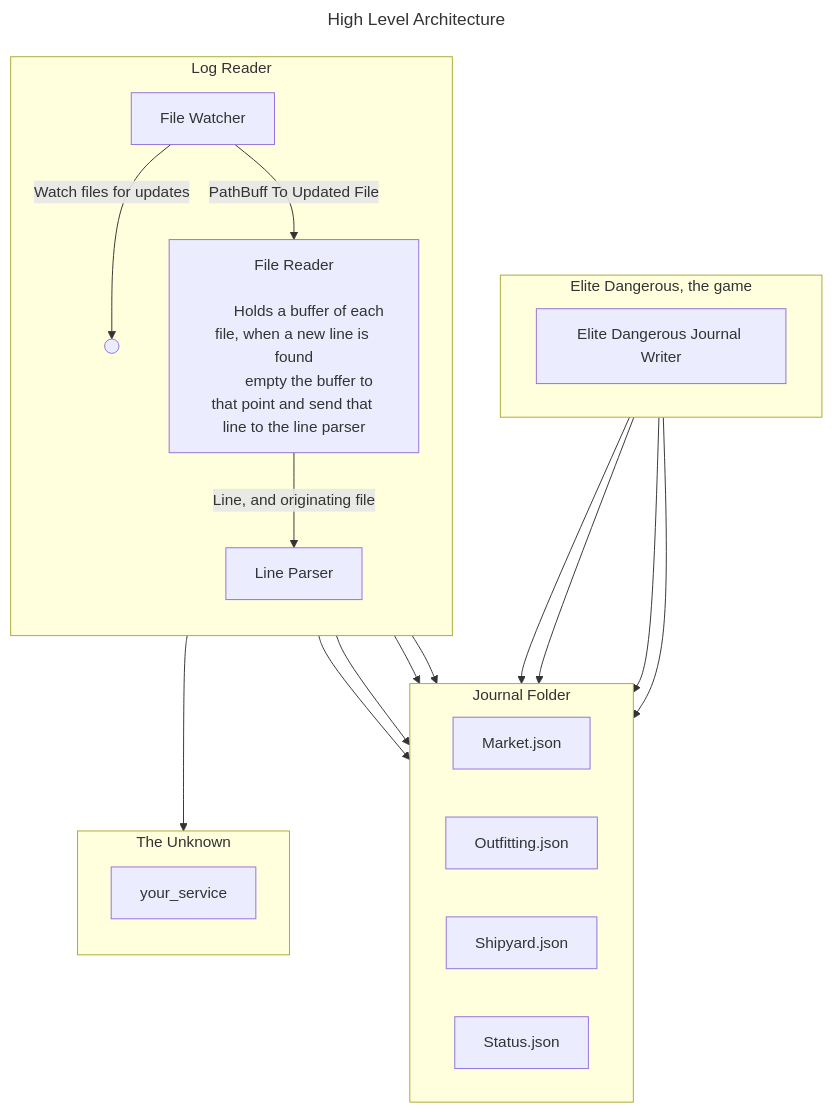
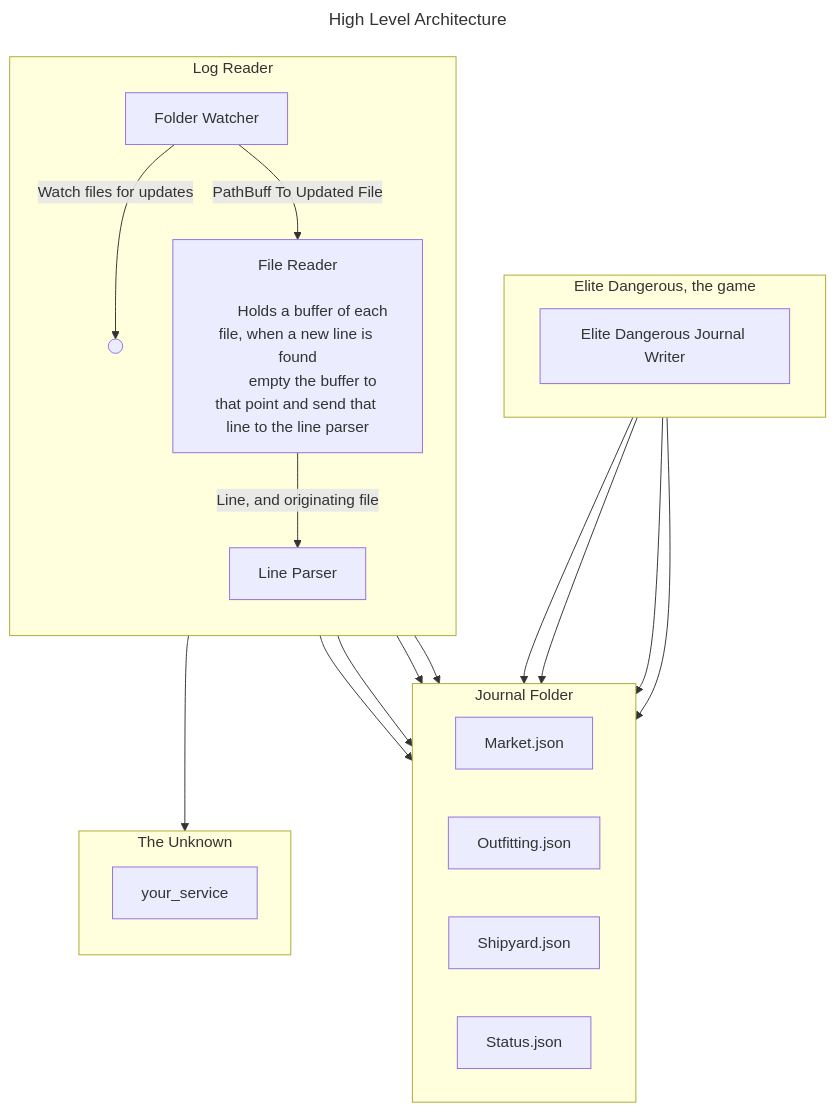
One commit to imcnaugh/watch_dir changed the diagram in README.md. Above: the diagram before and after it, drawn with Mermaid.

````diff
--- a/README.md
+++ b/README.md
@@ -12,52 +12,52 @@
 ```mermaid
 ---
 title: High Level Architecture
 ---
 flowchart 
     subgraph A["Elite Dangerous, the game"]
         direction LR
         ed_log_writer["Elite Dangerous Journal Writer"]
     end
 
     subgraph B["Journal Folder"]
         direction LR
         market_journal[Market.json]
         outfitting_journal[Outfitting.json]
         shipyard_journal[Shipyard.json]
         status_journal[Status.json]
     end
 
     subgraph C["Log Reader"]
         direction TB
         
         j_reader(( ))
-        file_watcher["File Watcher"]
+        folder_watcher["Folder Watcher"]
         file_reader["File Reader
         
         Holds a buffer of each file, when a new line is found
         empty the buffer to that point and send that line to the line parser"]
         line_parser["Line Parser"]
-        
-        file_watcher -->|PathBuff To Updated File| file_reader
+
+        folder_watcher -->|PathBuff To Updated File| file_reader
         file_reader --> |Line, and originating file|line_parser
     end
     
     subgraph D["The Unknown"]
         direction TB
         
         your_service
     end
     
     ed_log_writer --> market_journal
     ed_log_writer --> outfitting_journal
     ed_log_writer --> shipyard_journal
     ed_log_writer --> status_journal
 
-    file_watcher -->|Watch files for updates| j_reader
+    folder_watcher -->|Watch files for updates| j_reader
     j_reader --> market_journal
     j_reader --> outfitting_journal
     j_reader --> shipyard_journal
     j_reader --> status_journal
     
     line_parser --> your_service
 ```
````
